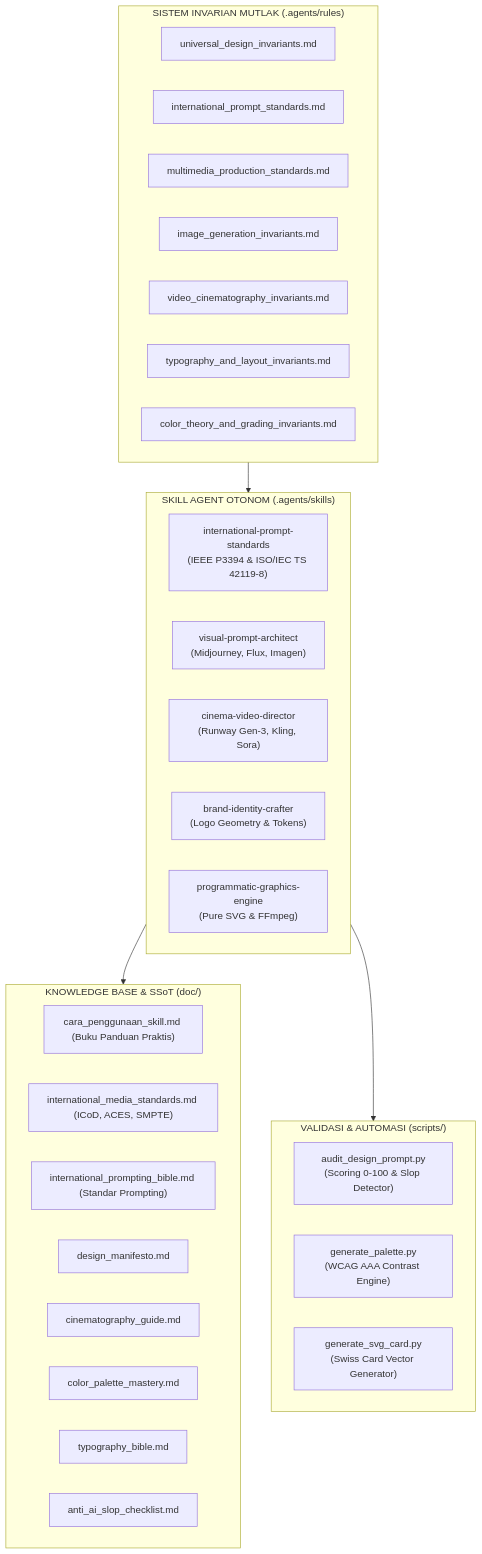
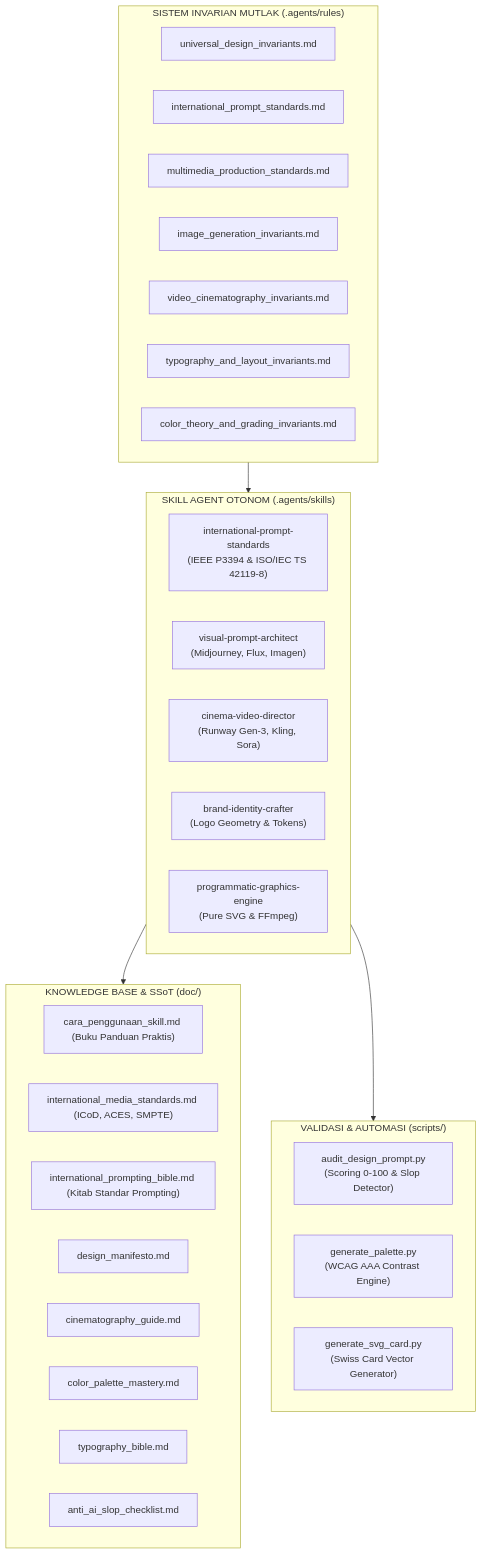
Before and after one commit to misbahudin98/desain-grafis: the diagram in README.md, drawn with Mermaid. The commit also changed other lines of this file and 8 other files, not shown here.

````diff
--- a/README.md
+++ b/README.md
@@ -22,41 +22,41 @@
 ```mermaid
 flowchart TD
     subgraph Core ["SISTEM INVARIAN MUTLAK (.agents/rules)"]
         R1["universal_design_invariants.md"]
         R2["international_prompt_standards.md"]
         R3["multimedia_production_standards.md"]
         R4["image_generation_invariants.md"]
         R5["video_cinematography_invariants.md"]
         R6["typography_and_layout_invariants.md"]
         R7["color_theory_and_grading_invariants.md"]
     end
 
     subgraph Skills ["SKILL AGENT OTONOM (.agents/skills)"]
         S1["international-prompt-standards<br/>(IEEE P3394 & ISO/IEC TS 42119-8)"]
         S2["visual-prompt-architect<br/>(Midjourney, Flux, Imagen)"]
         S3["cinema-video-director<br/>(Runway Gen-3, Kling, Sora)"]
         S4["brand-identity-crafter<br/>(Logo Geometry & Tokens)"]
         S5["programmatic-graphics-engine<br/>(Pure SVG & FFmpeg)"]
     end
 
     subgraph Knowledge ["KNOWLEDGE BASE & SSoT (doc/)"]
         D1["cara_penggunaan_skill.md (Buku Panduan Praktis)"]
         D2["international_media_standards.md (ICoD, ACES, SMPTE)"]
-        D3["international_prompting_bible.md (Standar Prompting)"]
+        D3["international_prompting_bible.md (Kitab Standar Prompting)"]
         D4["design_manifesto.md"]
         D5["cinematography_guide.md"]
         D6["color_palette_mastery.md"]
         D7["typography_bible.md"]
         D8["anti_ai_slop_checklist.md"]
     end
 
     subgraph Automation ["VALIDASI & AUTOMASI (scripts/)"]
         SC1["audit_design_prompt.py<br/>(Scoring 0-100 & Slop Detector)"]
         SC2["generate_palette.py<br/>(WCAG AAA Contrast Engine)"]
         SC3["generate_svg_card.py<br/>(Swiss Card Vector Generator)"]
     end
 
     Core --> Skills
     Skills --> Knowledge
     Skills --> Automation
 ```
````
